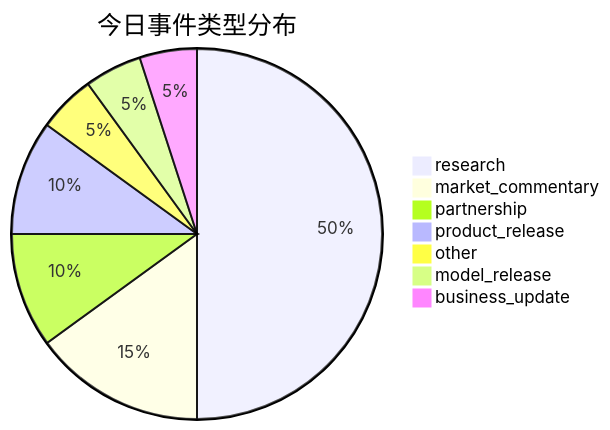
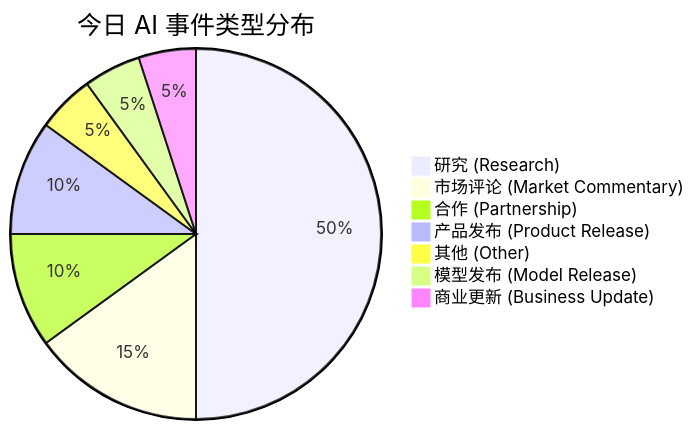
Before and after one commit to LvienOeria/daily-ai-insight-engine-v2: the first of 2 diagrams in reports/daily_ai_report.md, drawn with Mermaid. The commit also changed other lines of this file and 9 other files, not shown here.

````diff
--- a/reports/daily_ai_report.md
+++ b/reports/daily_ai_report.md
@@ -78,11 +71,11 @@
 ```mermaid
 pie
-    title 今日事件类型分布
-    "research" : 10
-    "market_commentary" : 3
-    "partnership" : 2
-    "product_release" : 2
-    "other" : 1
-    "model_release" : 1
-    "business_update" : 1
+    title 今日 AI 事件类型分布
+    "研究 (Research)" : 10
+    "市场评论 (Market Commentary)" : 3
+    "合作 (Partnership)" : 2
+    "产品发布 (Product Release)" : 2
+    "其他 (Other)" : 1
+    "模型发布 (Model Release)" : 1
+    "商业更新 (Business Update)" : 1
 ```
````
